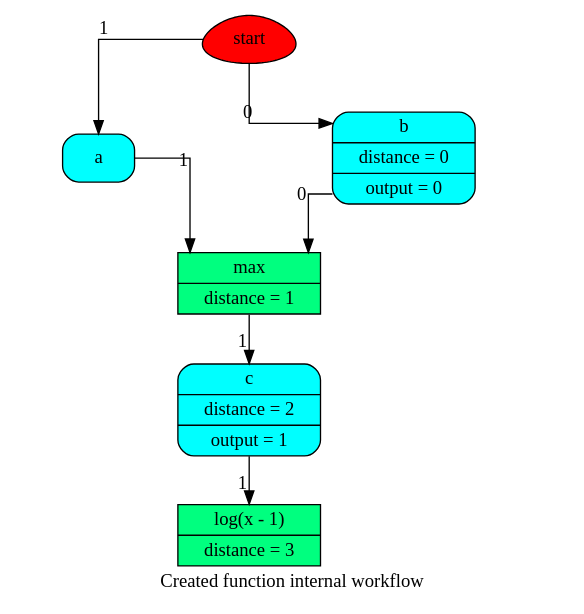
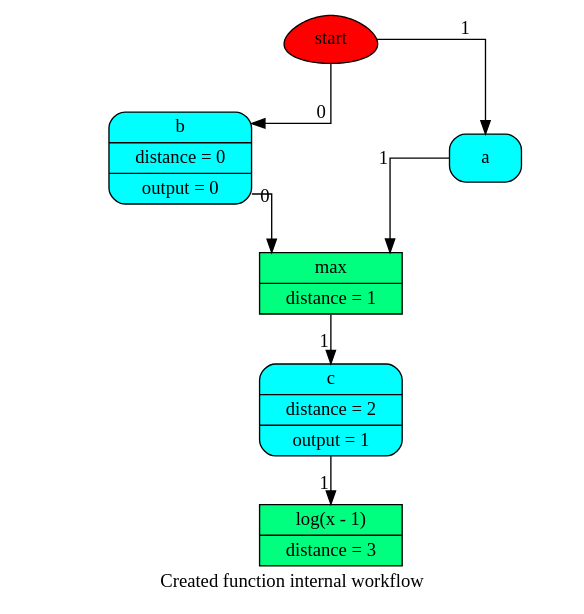
One commit to vinci1it2000/schedula changed the diagram in doc/source/dispatcher/utils/dsp/SubDispatchFunction_wf2.dot. Above: the diagram before and after it, drawn with Graphviz. The commit also changed 25 other files, not shown here.

```diff
--- a/doc/source/dispatcher/utils/dsp/SubDispatchFunction_wf2.dot
+++ b/doc/source/dispatcher/utils/dsp/SubDispatchFunction_wf2.dot
@@ -1,18 +1,18 @@
 digraph "Created function internal" {
 	graph [ratio=1]
 	node [style=filled]
+	splines = ortho
 	label = "Created function internal workflow"
-	splines = ortho
-		"Created function internal_4373713328" [label=start fillcolor=red shape=egg]
-		"Created function internal_7813220925901612792" [label="{ c | distance = 2 | output = 1 }" fillcolor=cyan shape=Mrecord]
-		"Created function internal_-6776210645888712586" [label="{ a  }" fillcolor=cyan shape=Mrecord]
-		"Created function internal_3634755706586891528" [label="{ b | distance = 0 | output = 0 }" fillcolor=cyan shape=Mrecord]
-		"Created function internal_5415983289471070012" [label="{ log(x - 1) | distance = 3 }" fillcolor=springgreen shape=record]
-		"Created function internal_-7539904784449724532" [label="{ max | distance = 1 }" fillcolor=springgreen shape=record]
-			"Created function internal_4373713328" -> "Created function internal_3634755706586891528" [xlabel=0]
-			"Created function internal_4373713328" -> "Created function internal_-6776210645888712586" [xlabel=1]
-			"Created function internal_7813220925901612792" -> "Created function internal_5415983289471070012" [xlabel=1]
-			"Created function internal_-6776210645888712586" -> "Created function internal_-7539904784449724532" [xlabel=1]
-			"Created function internal_3634755706586891528" -> "Created function internal_-7539904784449724532" [xlabel=0]
-			"Created function internal_-7539904784449724532" -> "Created function internal_7813220925901612792" [xlabel=1]
+		"Created function internal_4373643456" [label=start fillcolor=red shape=egg]
+		"Created function internal_8642698689935103924" [label="{ c | distance = 2 | output = 1 }" fillcolor=cyan shape=Mrecord]
+		"Created function internal_2662523110159922325" [label="{ max | distance = 1 }" fillcolor=springgreen shape=record]
+		"Created function internal_4091537378154039687" [label="{ b | distance = 0 | output = 0 }" fillcolor=cyan shape=Mrecord]
+		"Created function internal_86944050218403370" [label="{ log(x - 1) | distance = 3 }" fillcolor=springgreen shape=record]
+		"Created function internal_-1841214044933314468" [label="{ a  }" fillcolor=cyan shape=Mrecord]
+			"Created function internal_4373643456" -> "Created function internal_-1841214044933314468" [xlabel=1]
+			"Created function internal_4373643456" -> "Created function internal_4091537378154039687" [xlabel=0]
+			"Created function internal_8642698689935103924" -> "Created function internal_86944050218403370" [xlabel=1]
+			"Created function internal_2662523110159922325" -> "Created function internal_8642698689935103924" [xlabel=1]
+			"Created function internal_4091537378154039687" -> "Created function internal_2662523110159922325" [xlabel=0]
+			"Created function internal_-1841214044933314468" -> "Created function internal_2662523110159922325" [xlabel=1]
 }
```
